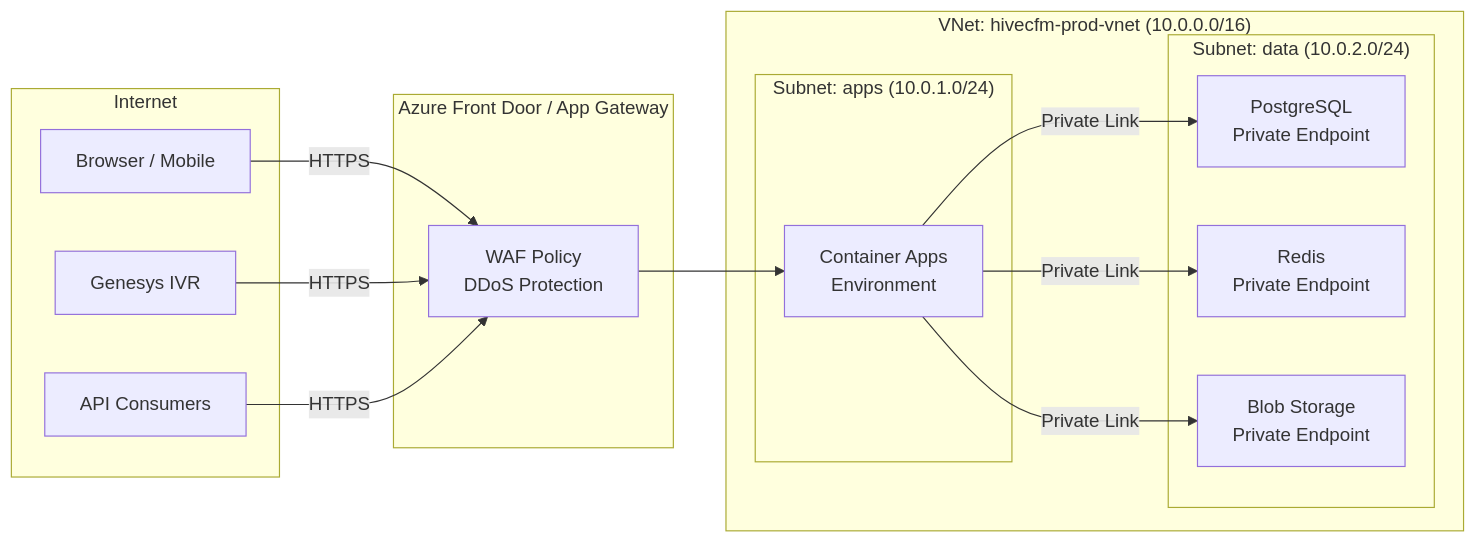
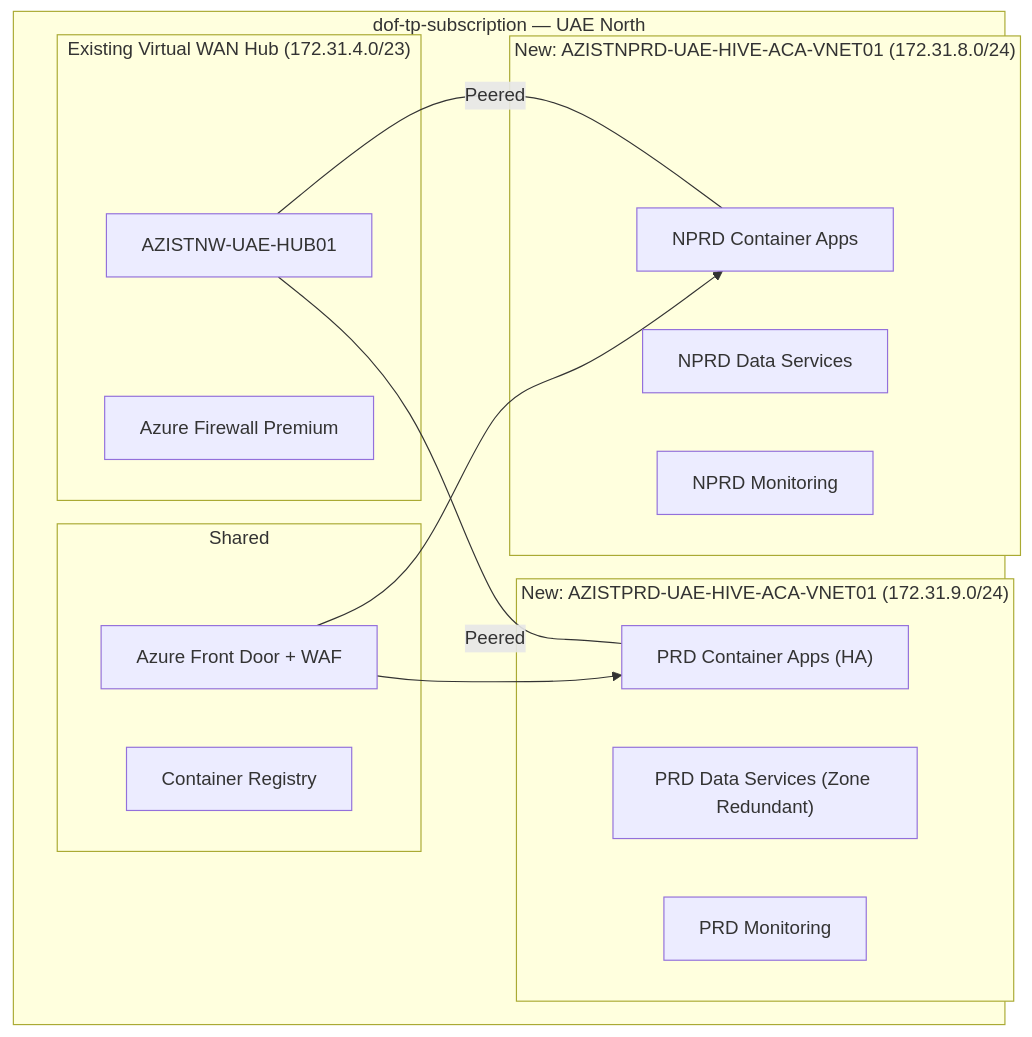
Before and after one commit to amrhym/formbricks: the first of 2 diagrams in docs/azure-environment-setup.md, drawn with Mermaid. The commit also changed other lines of this file, not shown here.

First line of the commit message:
docs: complete Azure NPRD + PRD deployment plan with ACA, Front Door, HA

````diff
--- a/docs/azure-environment-setup.md
+++ b/docs/azure-environment-setup.md
@@ -129,31 +12,31 @@
 ```mermaid
-graph LR
-    subgraph "Internet"
-        CLIENT["Browser / Mobile"]
-        IVR["Genesys IVR"]
-        API["API Consumers"]
+graph TB
+    subgraph "dof-tp-subscription — UAE North"
+        subgraph "Existing Virtual WAN Hub (172.31.4.0/23)"
+            VWAN["AZISTNW-UAE-HUB01"]
+            FW["Azure Firewall Premium"]
+        end
+
+        subgraph "New: AZISTNPRD-UAE-HIVE-ACA-VNET01 (172.31.8.0/24)"
+            NPRD_ACA["NPRD Container Apps"]
+            NPRD_DATA["NPRD Data Services"]
+            NPRD_MON["NPRD Monitoring"]
+        end
+
+        subgraph "New: AZISTPRD-UAE-HIVE-ACA-VNET01 (172.31.9.0/24)"
+            PRD_ACA["PRD Container Apps (HA)"]
+            PRD_DATA["PRD Data Services (Zone Redundant)"]
+            PRD_MON["PRD Monitoring"]
+        end
+
+        subgraph "Shared"
+            FD["Azure Front Door + WAF"]
+            ACR["Container Registry"]
+        end
+
+        VWAN ---|"Peered"| NPRD_ACA
+        VWAN ---|"Peered"| PRD_ACA
+        FD --> NPRD_ACA
+        FD --> PRD_ACA
     end
-
-    subgraph "Azure Front Door / App Gateway"
-        WAF["WAF Policy<br/>DDoS Protection"]
-    end
-
-    subgraph "VNet: hivecfm-prod-vnet (10.0.0.0/16)"
-        subgraph "Subnet: apps (10.0.1.0/24)"
-            CAE["Container Apps<br/>Environment"]
-        end
-        subgraph "Subnet: data (10.0.2.0/24)"
-            PG["PostgreSQL<br/>Private Endpoint"]
-            REDIS["Redis<br/>Private Endpoint"]
-            BLOB["Blob Storage<br/>Private Endpoint"]
-        end
-    end
-
-    CLIENT -->|HTTPS| WAF
-    IVR -->|HTTPS| WAF
-    API -->|HTTPS| WAF
-    WAF --> CAE
-    CAE -->|Private Link| PG
-    CAE -->|Private Link| REDIS
-    CAE -->|Private Link| BLOB
 ```
````
